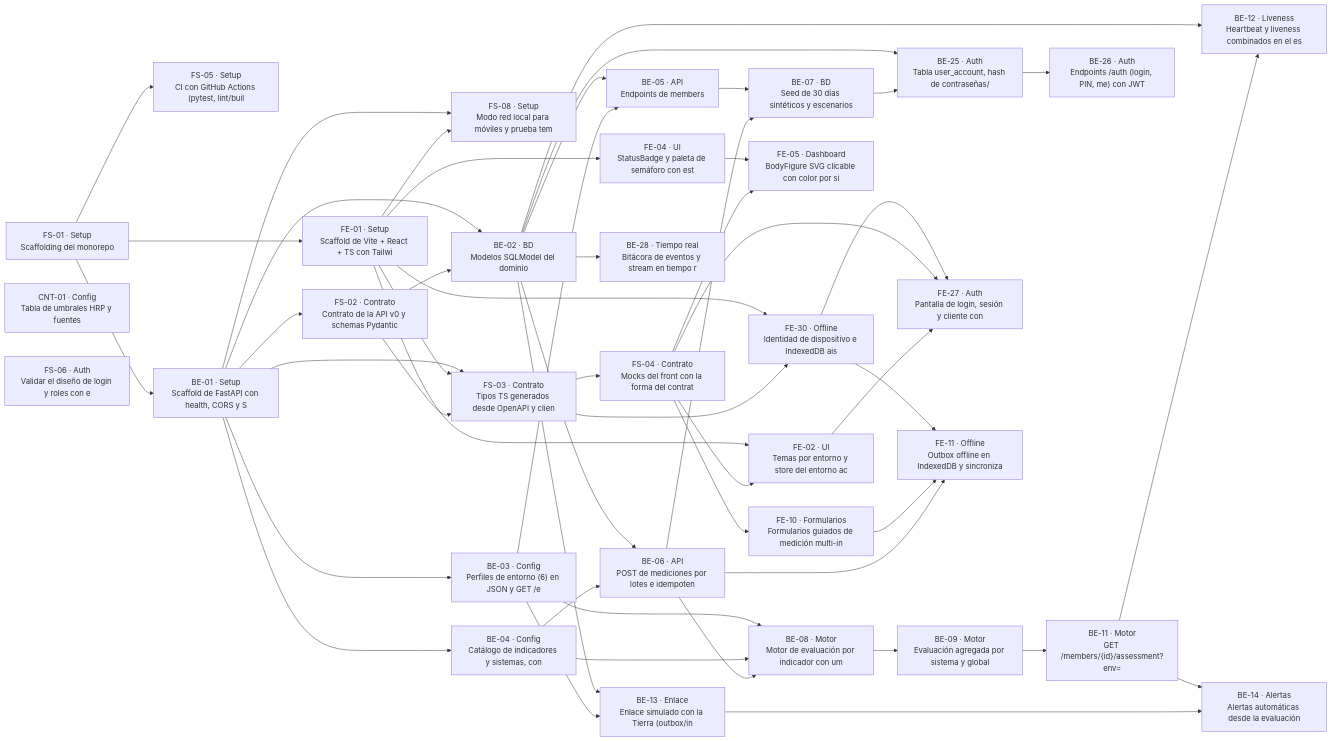
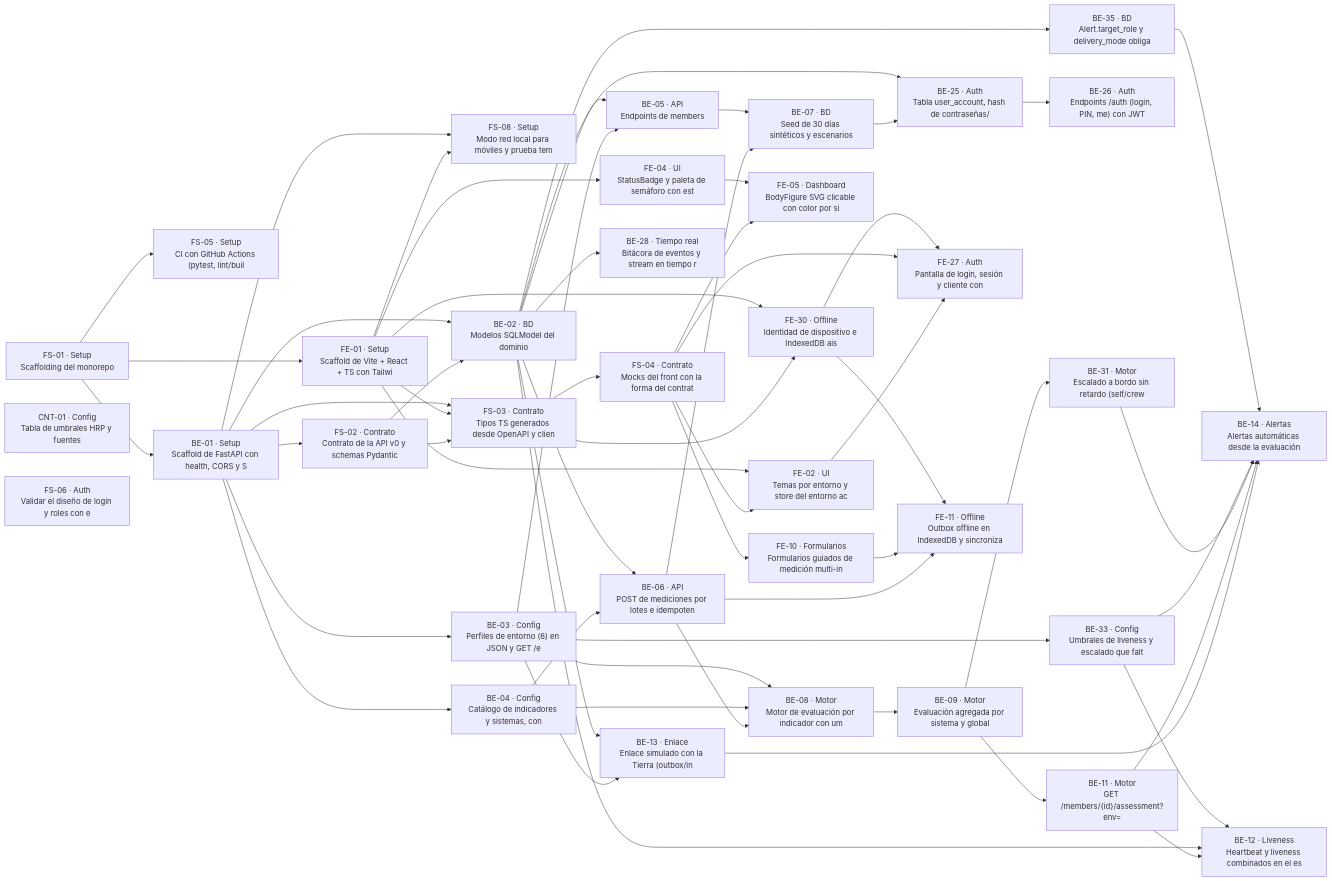
Before and after one commit to NASAHACKATON2026FTHEALTH42U/RUOK: the diagram in docs/backlog.md, drawn with Mermaid. The commit also changed other lines of this file and 2 other files, not shown here.

```diff
--- a/docs/backlog.md
+++ b/docs/backlog.md
@@ -206,13 +212,23 @@
   FS_03 --> FE_30
   BE_28["BE-28 · Tiempo real<br/>Bitácora de eventos y stream en tiempo r"]
   BE_02 --> BE_28
+  BE_31["BE-31 · Motor<br/>Escalado a bordo sin retardo (self/crew "]
+  BE_09 --> BE_31
+  BE_33["BE-33 · Config<br/>Umbrales de liveness y escalado que falt"]
+  BE_03 --> BE_33
+  BE_35["BE-35 · BD<br/>Alert.target_role y delivery_mode obliga"]
+  BE_02 --> BE_35
   BE_13["BE-13 · Enlace<br/>Enlace simulado con la Tierra (outbox/in"]
   BE_02 --> BE_13
   BE_03 --> BE_13
   BE_14["BE-14 · Alertas<br/>Alertas automáticas desde la evaluación "]
+  BE_35 --> BE_14
+  BE_33 --> BE_14
+  BE_31 --> BE_14
   BE_11 --> BE_14
   BE_13 --> BE_14
   BE_12["BE-12 · Liveness<br/>Heartbeat y liveness combinados en el es"]
+  BE_33 --> BE_12
   BE_02 --> BE_12
   BE_11 --> BE_12
   FE_11["FE-11 · Offline<br/>Outbox offline en IndexedDB y sincroniza"]
```
